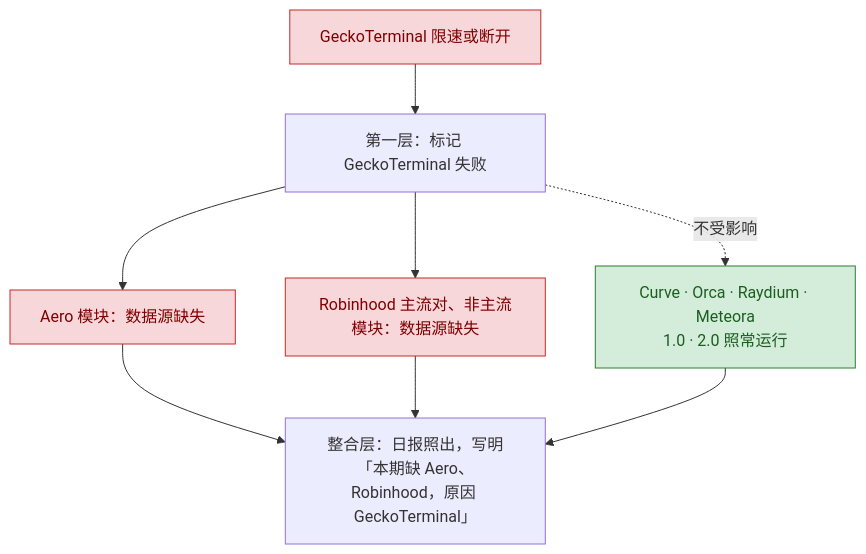
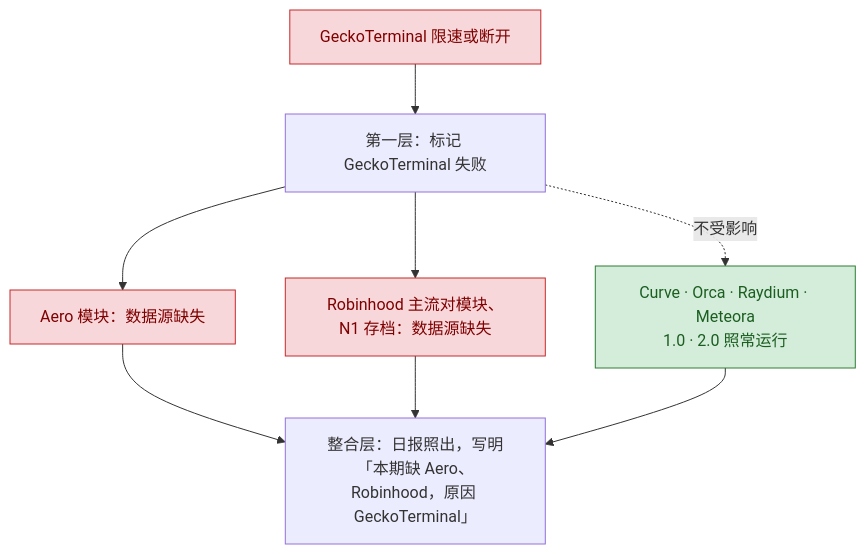
Before and after one commit to JulyWA/lp-monitor-3.0-snapshot: the fourth of 10 diagrams in protocol-docs/lp-market-layered-refactor-brief.md, drawn with Mermaid. The commit also changed other lines of this file and 9 other files, not shown here.

````diff
--- a/protocol-docs/lp-market-layered-refactor-brief.md
+++ b/protocol-docs/lp-market-layered-refactor-brief.md
@@ -138,10 +139,10 @@
 ```mermaid
 flowchart TB
   G["GeckoTerminal 限速或断开"]:::bad --> S["第一层：标记 GeckoTerminal 失败"]
   S --> M1["Aero 模块：数据源缺失"]:::bad
-  S --> M2["Robinhood 主流对、非主流模块：数据源缺失"]:::bad
+  S --> M2["Robinhood 主流对模块、N1 存档：数据源缺失"]:::bad
   S -.->|"不受影响"| OK["Curve · Orca · Raydium · Meteora<br/>1.0 · 2.0 照常运行"]:::ok
   M1 & M2 & OK --> R["整合层：日报照出，写明<br/>「本期缺 Aero、Robinhood，原因 GeckoTerminal」"]
   classDef bad fill:#f8d7da,stroke:#c62828,color:#7f0000
   classDef ok fill:#d4edda,stroke:#2e7d32,color:#1b5e20
 ```
````
